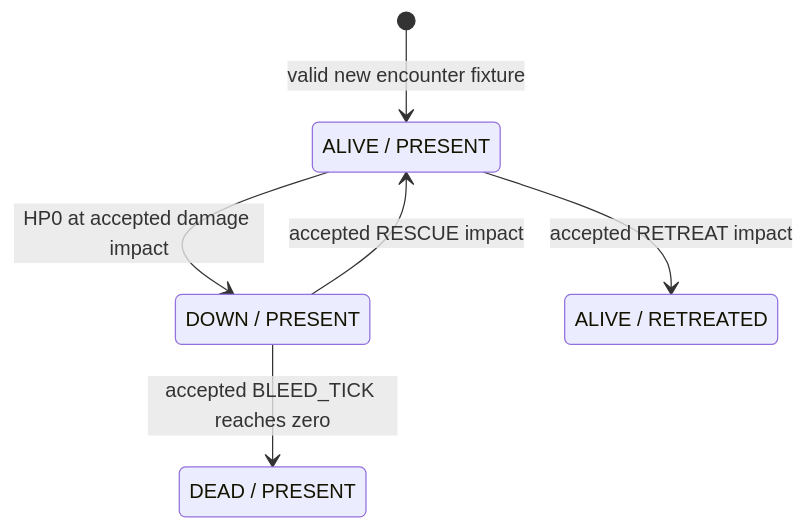
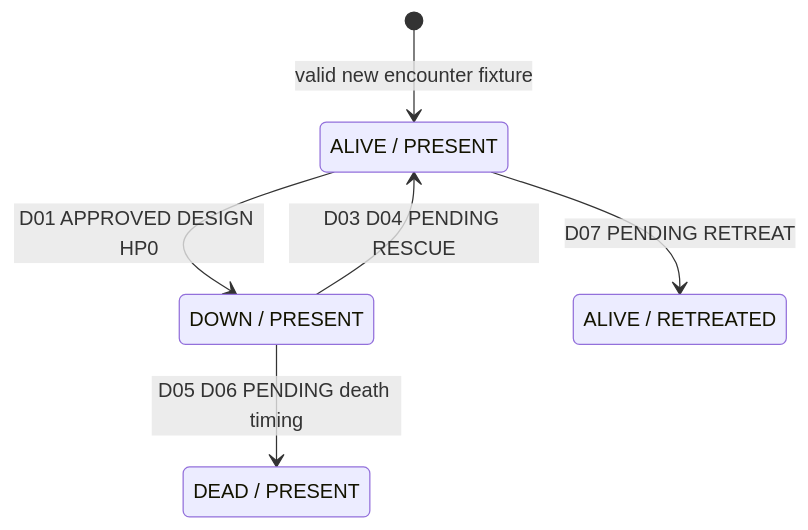
One commit to shanwinder/wanderer changed the second of 2 diagrams in docs/M4_Down_Help_Death_Retreat_Architecture.md. Above: the diagram before and after it, drawn with Mermaid. The commit also changed other lines of this file and 2 other files, not shown here.

Commit message:
docs: record M4 owner approvals and close architecture review

````diff
--- a/docs/M4_Down_Help_Death_Retreat_Architecture.md
+++ b/docs/M4_Down_Help_Death_Retreat_Architecture.md
@@ -102,12 +112,12 @@
 ```mermaid
 stateDiagram-v2
     state "ALIVE / PRESENT" as AP
     state "DOWN / PRESENT" as DP
     state "DEAD / PRESENT" as XP
     state "ALIVE / RETREATED" as AR
     [*] --> AP: valid new encounter fixture
-    AP --> DP: HP0 at accepted damage impact
-    DP --> AP: accepted RESCUE impact
-    DP --> XP: accepted BLEED_TICK reaches zero
-    AP --> AR: accepted RETREAT impact
+    AP --> DP: D01 APPROVED DESIGN HP0
+    DP --> AP: D03 D04 PENDING RESCUE
+    DP --> XP: D05 D06 PENDING death timing
+    AP --> AR: D07 PENDING RETREAT
 ```
````
